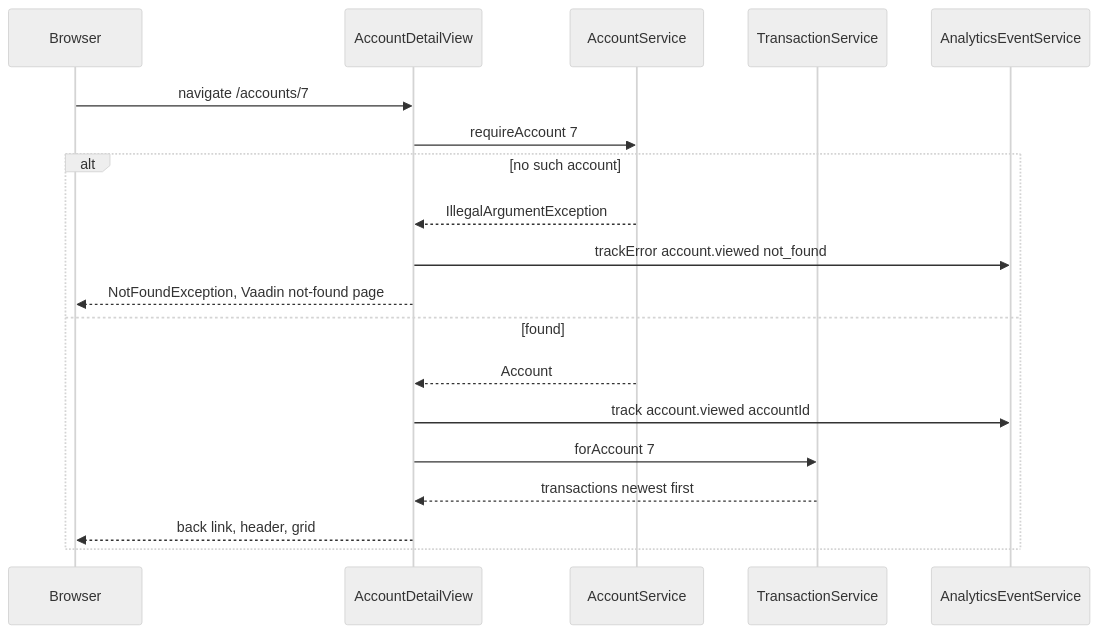
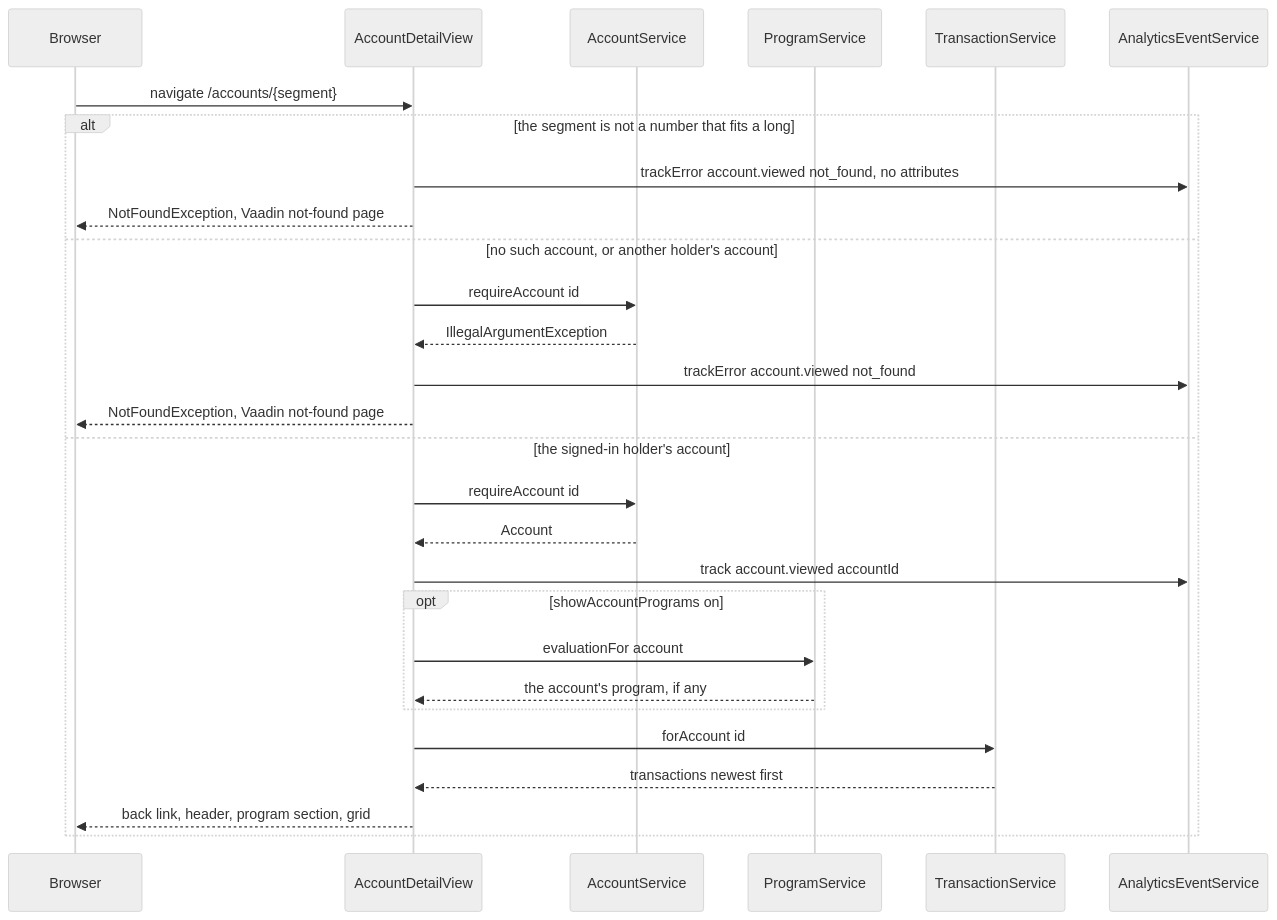
The diagram in droid-wiki/features/account-detail.md (factory-aj-pahl/mockingbird-bank), drawn with Mermaid (neutral theme) before and after one commit. The commit also changed other lines of this file and 78 other files, not shown here.

First line of the commit message:
Add account programs with Regular and Youth Savings rules (SED-847) (#17)

````diff
--- a/droid-wiki/features/account-detail.md
+++ b/droid-wiki/features/account-detail.md
@@ -26,21 +28,30 @@
 ```mermaid
 sequenceDiagram
     participant B as Browser
     participant V as AccountDetailView
     participant A as AccountService
+    participant P as ProgramService
     participant T as TransactionService
     participant E as AnalyticsEventService
-    B->>V: navigate /accounts/7
-    V->>A: requireAccount 7
-    alt no such account
+    B->>V: navigate /accounts/{segment}
+    alt the segment is not a number that fits a long
+        V->>E: trackError account.viewed not_found, no attributes
+        V-->>B: NotFoundException, Vaadin not-found page
+    else no such account, or another holder's account
+        V->>A: requireAccount id
         A-->>V: IllegalArgumentException
         V->>E: trackError account.viewed not_found
         V-->>B: NotFoundException, Vaadin not-found page
-    else found
+    else the signed-in holder's account
+        V->>A: requireAccount id
         A-->>V: Account
         V->>E: track account.viewed accountId
-        V->>T: forAccount 7
+        opt showAccountPrograms on
+            V->>P: evaluationFor account
+            P-->>V: the account's program, if any
+        end
+        V->>T: forAccount id
         T-->>V: transactions newest first
-        V-->>B: back link, header, grid
+        V-->>B: back link, header, program section, grid
     end
 ```
````
